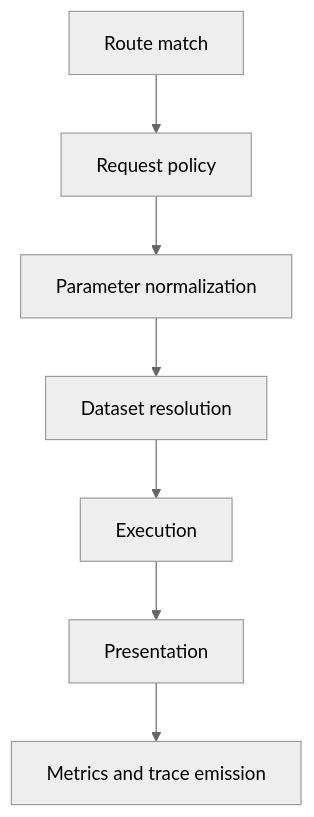
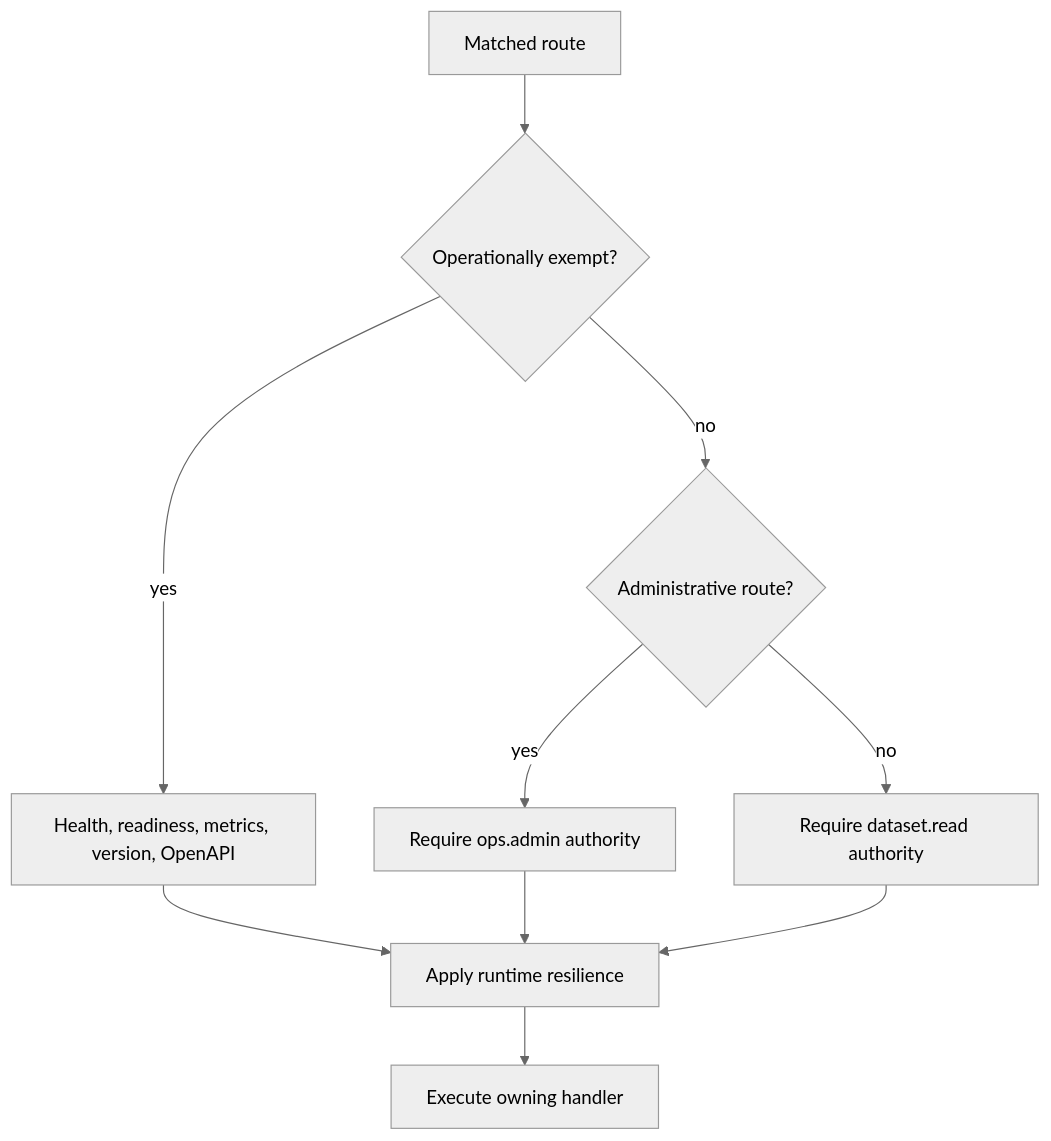
Before and after one commit to bijux/bijux-atlas: the second of 2 diagrams in docs/bijux-atlas/runtime/request-lifecycle.md, drawn with Mermaid (neutral theme). The commit also changed other lines of this file and 2 other files, not shown here.

Commit message:
docs(runtime): define product and request architecture

````diff
--- a/docs/bijux-atlas/runtime/request-lifecycle.md
+++ b/docs/bijux-atlas/runtime/request-lifecycle.md
@@ -38,9 +67,12 @@
 ```mermaid
 flowchart TD
-    A[Route match] --> B[Request policy]
-    B --> C[Parameter normalization]
-    C --> D[Dataset resolution]
-    D --> E[Execution]
-    E --> F[Presentation]
-    F --> G[Metrics and trace emission]
+    Request[Matched route] --> Exempt{Operationally exempt?}
+    Exempt -->|yes| Service[Health, readiness, metrics, version, OpenAPI]
+    Exempt -->|no| Admin{Administrative route?}
+    Admin -->|yes| AdminPolicy[Require ops.admin authority]
+    Admin -->|no| DatasetPolicy[Require dataset.read authority]
+    Service --> Resilience[Apply runtime resilience]
+    AdminPolicy --> Resilience
+    DatasetPolicy --> Resilience
+    Resilience --> Handler[Execute owning handler]
 ```
````
